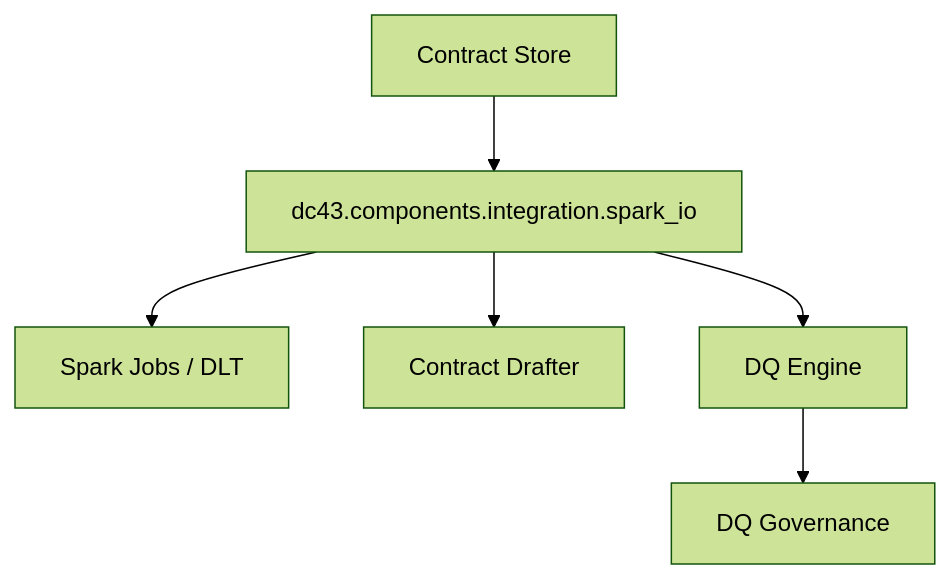
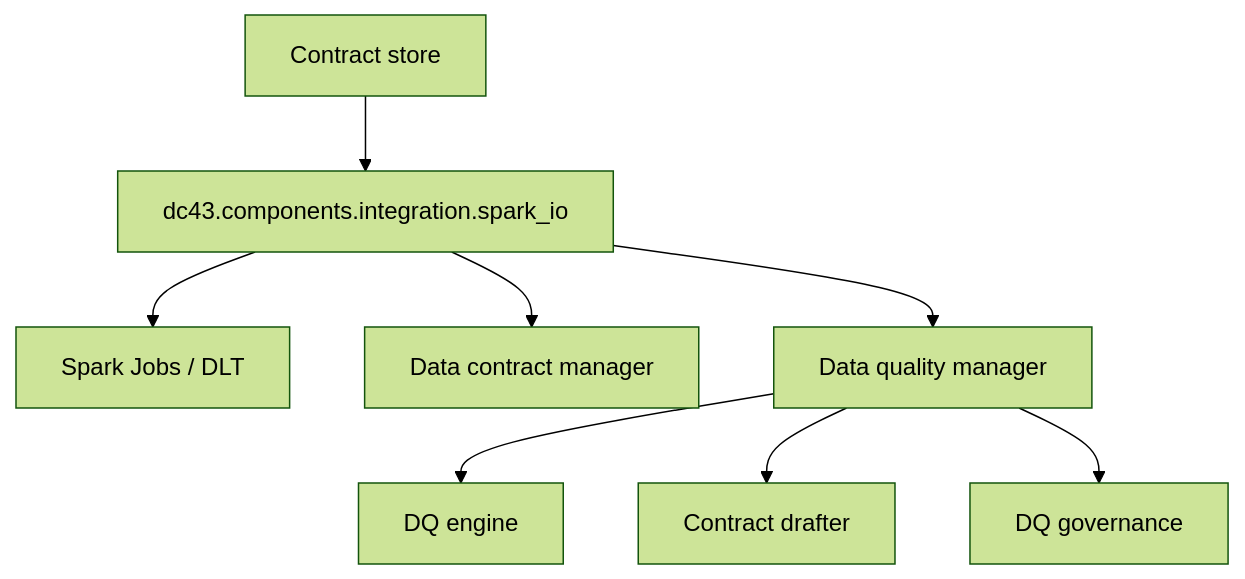
One commit to NextLab-SRL/dc43 changed the diagram in docs/implementations/integration/spark-dlt.md. Above: the diagram before and after it, drawn with Mermaid (forest theme). The commit also changed other lines of this file and 17 other files, not shown here.

Commit message:
Fix data quality manager module docstring

````diff
--- a/docs/implementations/integration/spark-dlt.md
+++ b/docs/implementations/integration/spark-dlt.md
@@ -12,8 +12,10 @@
 ```mermaid
 flowchart TD
-    ContractStore["Contract Store"] --> IO["dc43.components.integration.spark_io"]
+    ContractStore["Contract store"] --> IO["dc43.components.integration.spark_io"]
     IO --> Spark["Spark Jobs / DLT"]
-    IO --> Drafter["Contract Drafter"]
-    IO --> DQEngine["DQ Engine"]
-    DQEngine --> DQClient["DQ Governance"]
+    IO --> ContractMgr["Data contract manager"]
+    IO --> DQMgr["Data quality manager"]
+    DQMgr --> DQEngine["DQ engine"]
+    DQMgr --> Drafter["Contract drafter"]
+    DQMgr --> Governance["DQ governance"]
 ```
````
